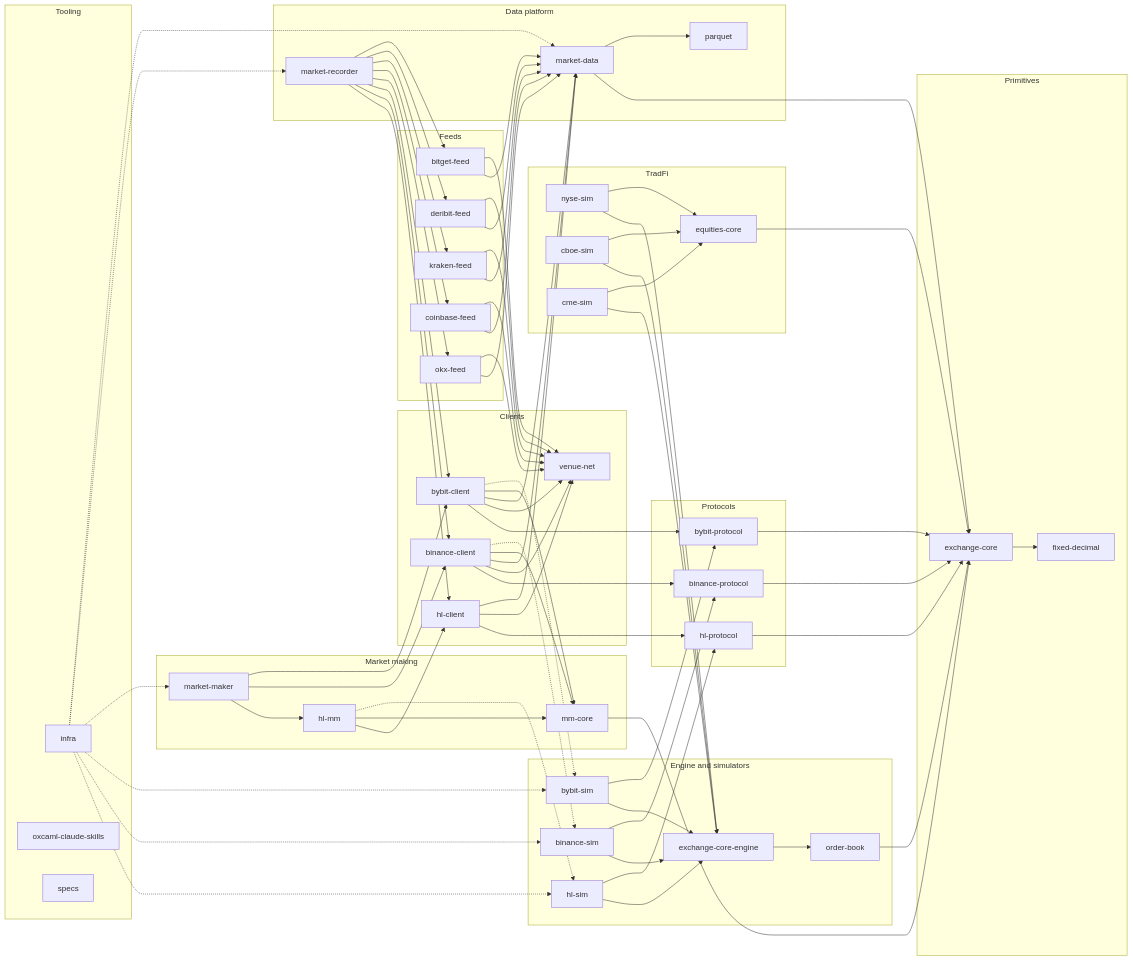
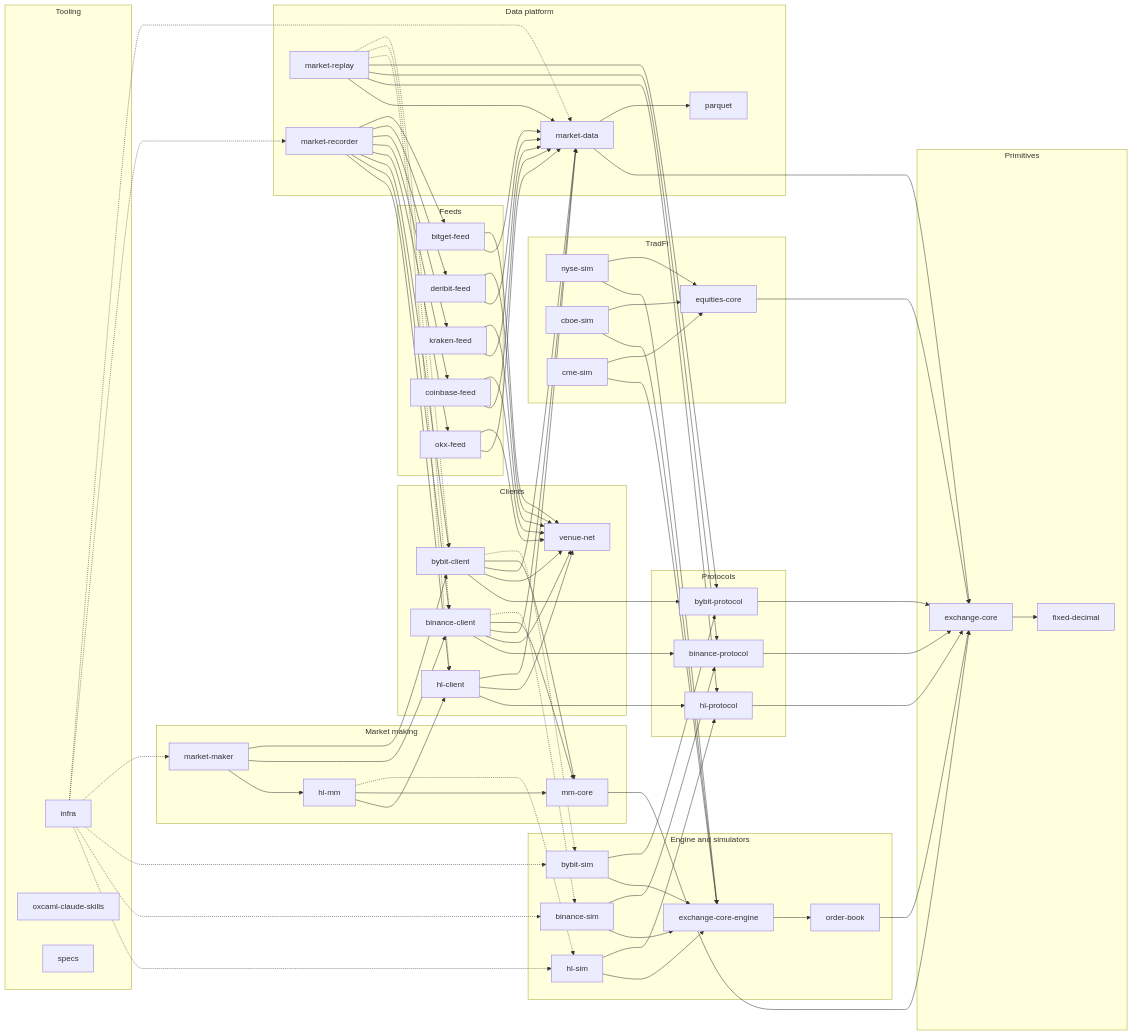
One commit to winterchill-trading/specs changed the first of 2 diagrams in overview.md. Above: the diagram before and after it, drawn with Mermaid. The commit also changed other lines of this file and 2 other files, not shown here.

Commit message:
docs: market-replay page, graph edges and changelog

```diff
--- a/overview.md
+++ b/overview.md
@@ -93,6 +94,7 @@
     parquet["parquet"]
     market_data["market-data"]
     market_recorder["market-recorder"]
+    market_replay["market-replay"]
   end
   subgraph tooling["Tooling"]
     infra["infra"]
@@ -156,10 +158,17 @@
   market_recorder --> kraken_feed
   market_recorder --> deribit_feed
   market_recorder --> bitget_feed
+  market_replay --> market_data
+  market_replay --> hl_protocol
+  market_replay --> binance_protocol
+  market_replay --> bybit_protocol
 
   hl_mm -.-> hl_sim
   binance_client -.-> binance_sim
   bybit_client -.-> bybit_sim
+  market_replay -.-> hl_client
+  market_replay -.-> binance_client
+  market_replay -.-> bybit_client
   infra -.-> hl_sim
   infra -.-> binance_sim
   infra -.-> bybit_sim
```
